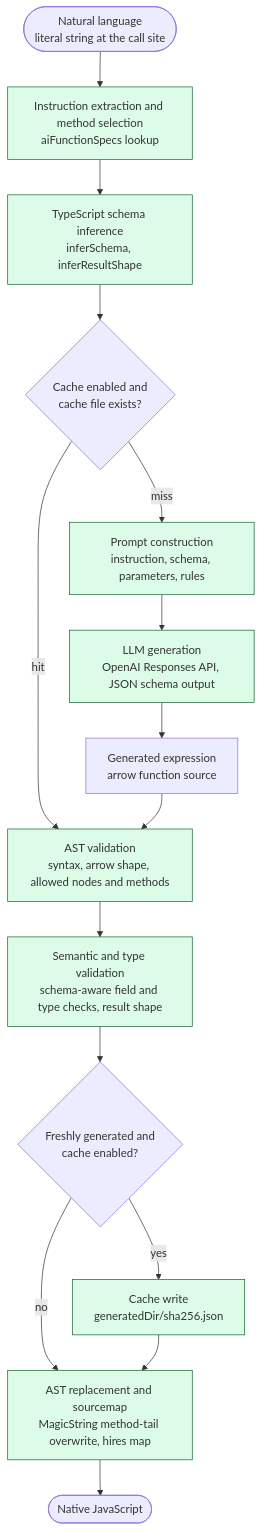
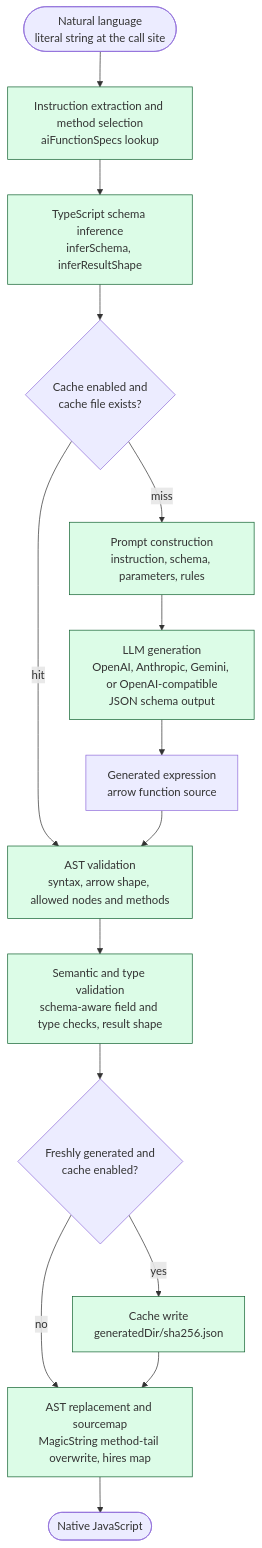
Before and after one commit to rand0mC0d3r/ai-lambda: the fourth of 4 diagrams in packages/vite-plugin/docs/architecture.md, drawn with Mermaid. The commit also changed other lines of this file and 23 other files, not shown here.

````diff
--- a/packages/vite-plugin/docs/architecture.md
+++ b/packages/vite-plugin/docs/architecture.md
@@ -162,26 +163,26 @@
 ```mermaid
 flowchart TD
     A([Natural language<br/>literal string at the call site]) --> B[Instruction extraction and method selection<br/>aiFunctionSpecs lookup]
     B --> C[TypeScript schema inference<br/>inferSchema, inferResultShape]
     C --> D{Cache enabled and<br/>cache file exists?}
     D -->|hit| H
     D -->|miss| E[Prompt construction<br/>instruction, schema, parameters, rules]
-    E --> F[LLM generation<br/>OpenAI Responses API, JSON schema output]
+    E --> F[LLM generation<br/>OpenAI, Anthropic, Gemini, or OpenAI-compatible<br/>JSON schema output]
     F --> G[Generated expression<br/>arrow function source]
     G --> H[AST validation<br/>syntax, arrow shape, allowed nodes and methods]
     H --> I[Semantic and type validation<br/>schema-aware field and type checks, result shape]
     I --> W{Freshly generated and<br/>cache enabled?}
     W -->|yes| J[Cache write<br/>generatedDir/sha256.json]
     W -->|no| K
     J --> K[AST replacement and sourcemap<br/>MagicString method-tail overwrite, hires map]
     K --> L([Native JavaScript])
 
     style B fill:#dcfce7,stroke:#166534
     style C fill:#dcfce7,stroke:#166534
     style E fill:#dcfce7,stroke:#166534
     style F fill:#dcfce7,stroke:#166534
     style H fill:#dcfce7,stroke:#166534
     style I fill:#dcfce7,stroke:#166534
     style J fill:#dcfce7,stroke:#166534
     style K fill:#dcfce7,stroke:#166534
 ```
````
